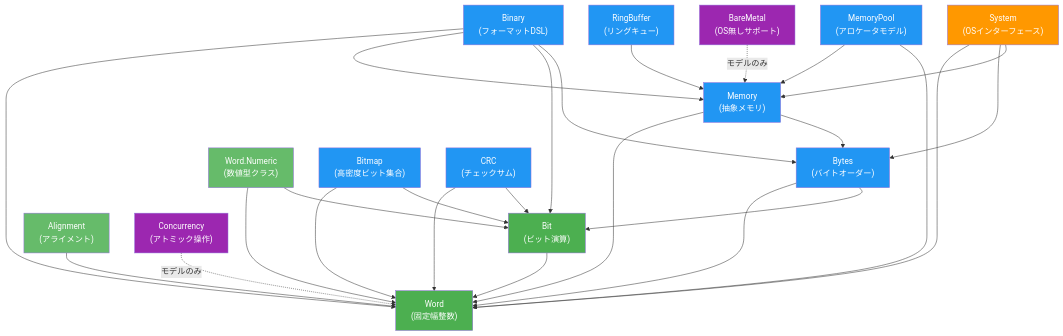
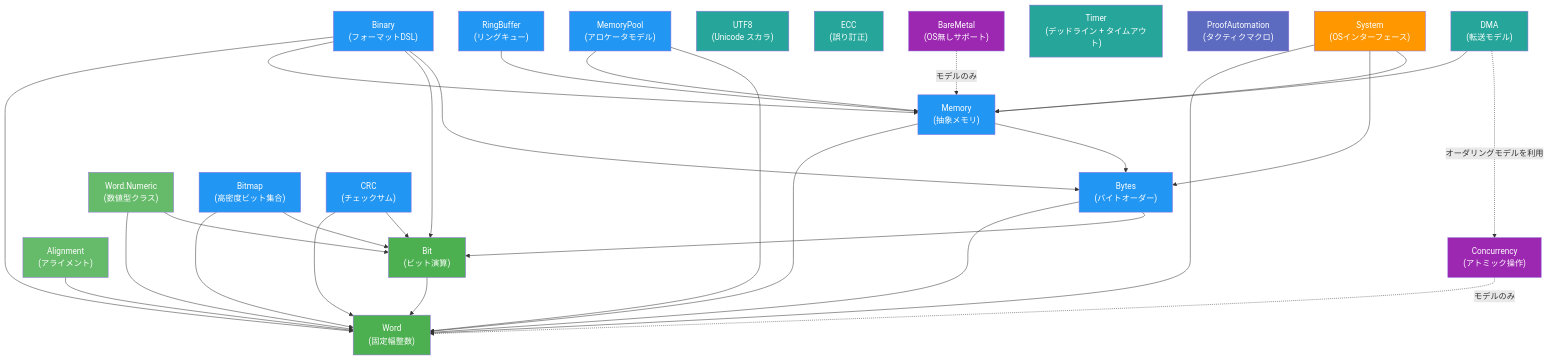
The third of 3 diagrams in docs/ja/architecture/README.md (Provenance-Works/Radix), drawn with Mermaid before and after one commit. The commit also changed other lines of this file and 8 other files, not shown here.

````diff
--- a/docs/ja/architecture/README.md
+++ b/docs/ja/architecture/README.md
@@ -78,41 +83,52 @@
 ```mermaid
 graph TD
     Bit["Bit<br/>(ビット演算)"] --> Word["Word<br/>(固定幅整数)"]
     Bytes["Bytes<br/>(バイトオーダー)"] --> Word
     Bytes --> Bit
     Numeric["Word.Numeric<br/>(数値型クラス)"] --> Word
     Numeric --> Bit
     Memory["Memory<br/>(抽象メモリ)"] --> Word
     Memory --> Bytes
     Binary["Binary<br/>(フォーマットDSL)"] --> Word
     Binary --> Memory
     Binary --> Bit
     Binary --> Bytes
     Alignment["Alignment<br/>(アライメント)"] --> Word
     RingBuffer["RingBuffer<br/>(リングキュー)"] --> Memory
     Bitmap["Bitmap<br/>(高密度ビット集合)"] --> Word
     Bitmap --> Bit
     CRC["CRC<br/>(チェックサム)"] --> Word
     CRC --> Bit
     MemoryPool["MemoryPool<br/>(アロケータモデル)"] --> Memory
     MemoryPool --> Word
+    UTF8["UTF8<br/>(Unicode スカラ)"]
+    ECC["ECC<br/>(誤り訂正)"]
+    DMA["DMA<br/>(転送モデル)"] --> Memory
+    DMA -.->|"オーダリングモデルを利用"| Concurrency
+    Timer["Timer<br/>(デッドライン + タイムアウト)"]
+    ProofAutomation["ProofAutomation<br/>(タクティクマクロ)"]
     System["System<br/>(OSインターフェース)"] --> Word
     System --> Bytes
     System --> Memory
     Concurrency["Concurrency<br/>(アトミック操作)"] -.->|"モデルのみ"| Word
     BareMetal["BareMetal<br/>(OS無しサポート)"] -.->|"モデルのみ"| Memory
     style Word fill:#4CAF50,color:white
     style Bit fill:#4CAF50,color:white
     style Bytes fill:#2196F3,color:white
     style Memory fill:#2196F3,color:white
     style Binary fill:#2196F3,color:white
     style Numeric fill:#66BB6A,color:white
     style Alignment fill:#66BB6A,color:white
     style RingBuffer fill:#2196F3,color:white
     style Bitmap fill:#2196F3,color:white
     style CRC fill:#2196F3,color:white
     style MemoryPool fill:#2196F3,color:white
+    style UTF8 fill:#26A69A,color:white
+    style ECC fill:#26A69A,color:white
+    style DMA fill:#26A69A,color:white
+    style Timer fill:#26A69A,color:white
+    style ProofAutomation fill:#5C6BC0,color:white
     style System fill:#FF9800,color:white
     style Concurrency fill:#9C27B0,color:white
     style BareMetal fill:#9C27B0,color:white
 ```
````
